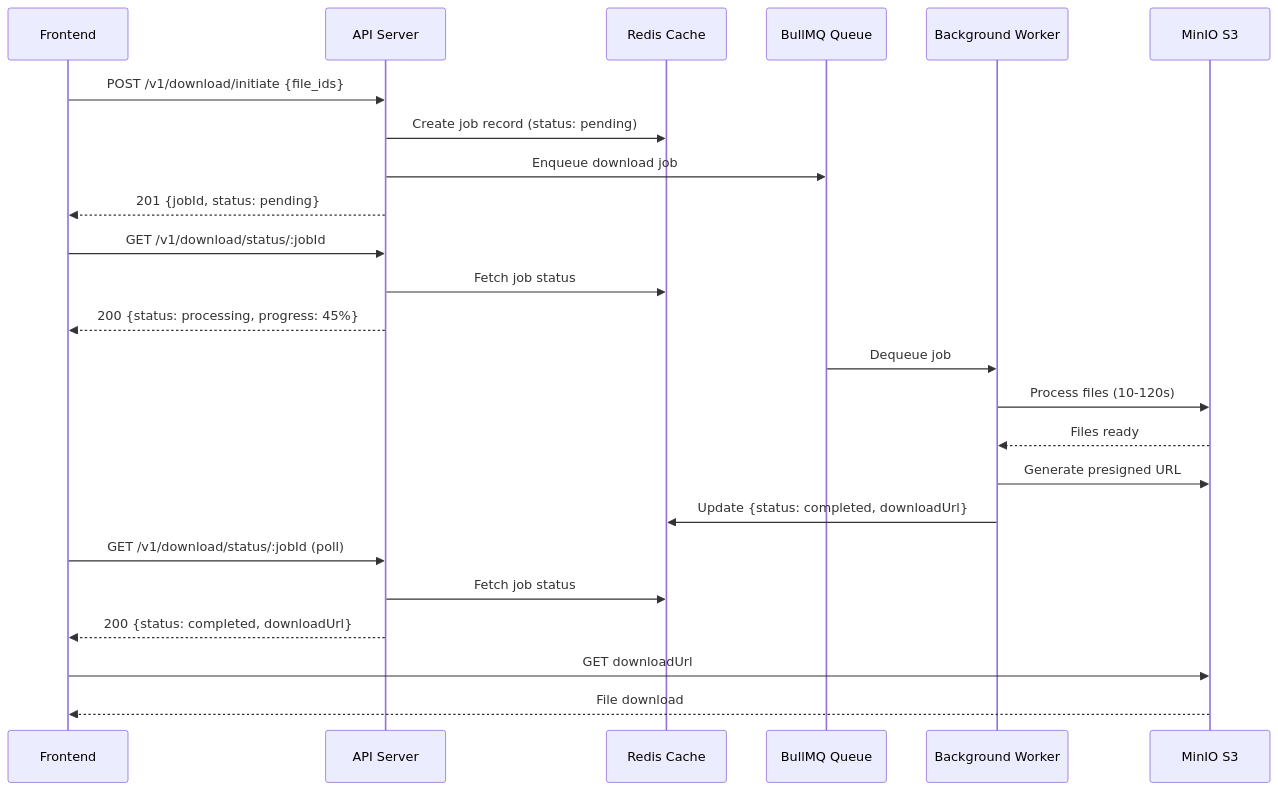
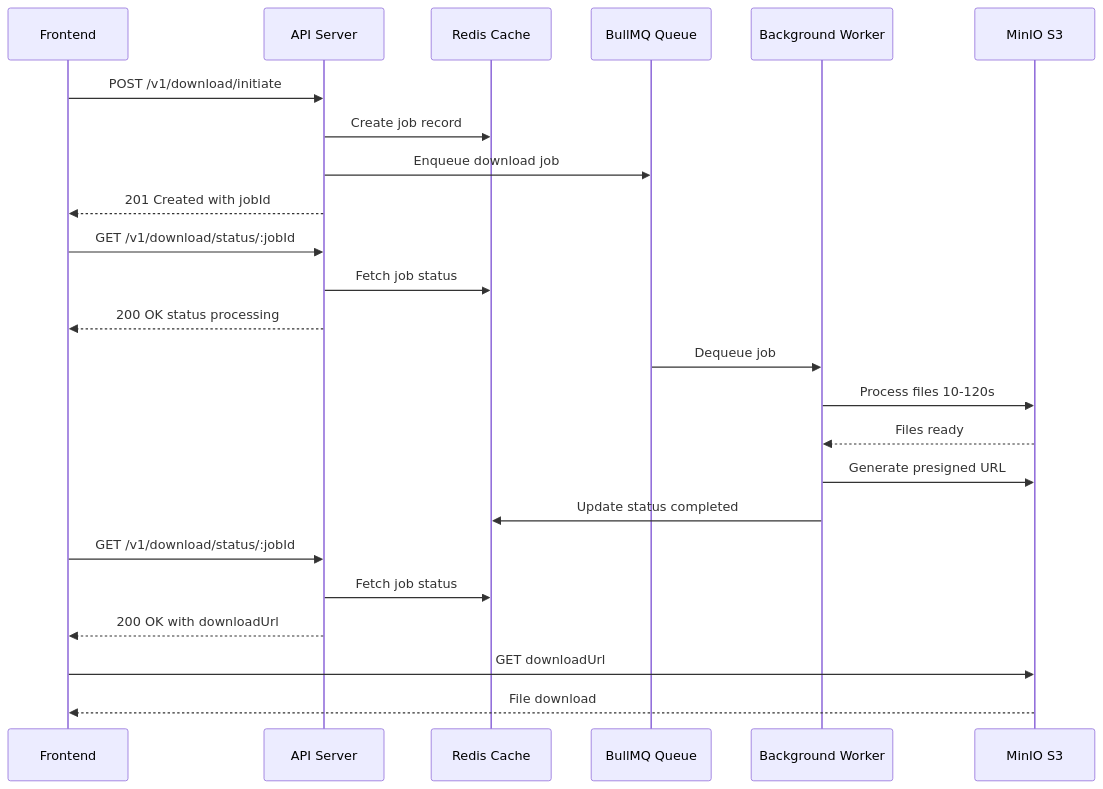
Before and after one commit to Meherajs/cuet-micro-ops-hackthon-2025: the first of 2 diagrams in ARCHITECTURE.md, drawn with Mermaid. The commit also changed other lines of this file, not shown here.

Commit message:
fix: Remove special characters from Mermaid diagrams for GitHub rendering
- Remove curly braces from sequence diagram labels
- Remove parentheses from subgraph titles
- Simplify node names (Worker Instance N... -> Worker Instance N)
- GitHub Mermaid renderer has issues with these characters

````diff
--- a/ARCHITECTURE.md
+++ b/ARCHITECTURE.md
@@ -14,31 +14,31 @@
 ```mermaid
 sequenceDiagram
     participant User as Frontend
     participant API as API Server
     participant Redis as Redis Cache
     participant Queue as BullMQ Queue
     participant Worker as Background Worker
     participant S3 as MinIO S3
 
-    User->>API: POST /v1/download/initiate {file_ids}
-    API->>Redis: Create job record (status: pending)
+    User->>API: POST /v1/download/initiate
+    API->>Redis: Create job record
     API->>Queue: Enqueue download job
-    API-->>User: 201 {jobId, status: pending}
+    API-->>User: 201 Created with jobId
 
     User->>API: GET /v1/download/status/:jobId
     API->>Redis: Fetch job status
-    API-->>User: 200 {status: processing, progress: 45%}
+    API-->>User: 200 OK status processing
 
     Queue->>Worker: Dequeue job
-    Worker->>S3: Process files (10-120s)
+    Worker->>S3: Process files 10-120s
     S3-->>Worker: Files ready
     Worker->>S3: Generate presigned URL
-    Worker->>Redis: Update {status: completed, downloadUrl}
+    Worker->>Redis: Update status completed
 
-    User->>API: GET /v1/download/status/:jobId (poll)
+    User->>API: GET /v1/download/status/:jobId
     API->>Redis: Fetch job status
-    API-->>User: 200 {status: completed, downloadUrl}
+    API-->>User: 200 OK with downloadUrl
 
     User->>S3: GET downloadUrl
     S3-->>User: File download
 ```
````
